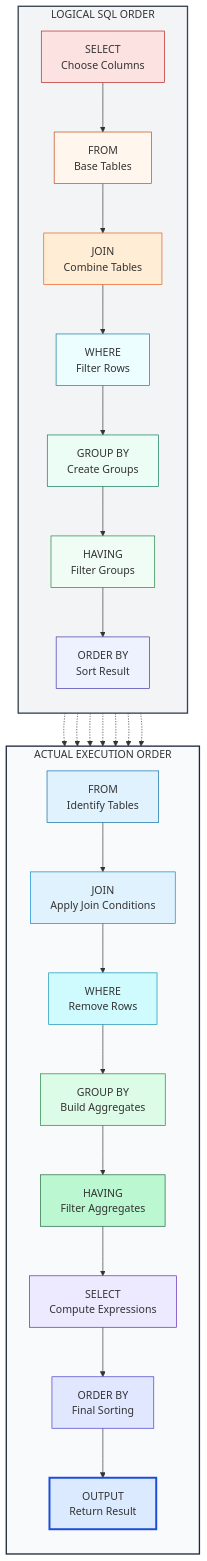
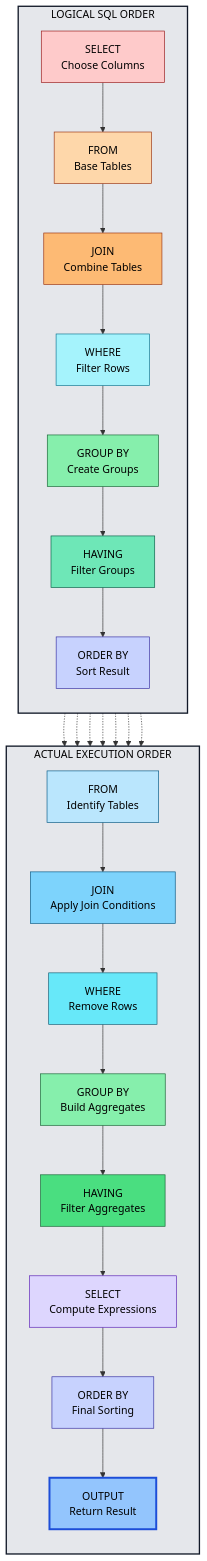
The diagram in day02/infoDay02.md (Avinash-706/SQL-Practice), drawn with Mermaid before and after one commit. The commit also changed other lines of this file and 1 other file, not shown here.

Commit message:
Day 02 : SQL Sub-languages, DQL Anatomy (Projection vs Selection), Backend Order of Execution

````diff
--- a/day02/infoDay02.md
+++ b/day02/infoDay02.md
@@ -186,72 +186,68 @@
 ```mermaid
 graph TB
 
     %% =======================
     %% LOGICAL SQL ORDER
     %% =======================
     subgraph L[LOGICAL SQL ORDER]
         direction TB
         L1[SELECT<br/>Choose Columns]
         L2[FROM<br/>Base Tables]
         L3[JOIN<br/>Combine Tables]
         L4[WHERE<br/>Filter Rows]
         L5[GROUP BY<br/>Create Groups]
         L6[HAVING<br/>Filter Groups]
         L7[ORDER BY<br/>Sort Result]
     end
 
     %% =======================
     %% EXECUTION ORDER
     %% =======================
     subgraph E[ACTUAL EXECUTION ORDER]
         direction TB
         E1[FROM<br/>Identify Tables]
         E2[JOIN<br/>Apply Join Conditions]
         E3[WHERE<br/>Remove Rows]
         E4[GROUP BY<br/>Build Aggregates]
         E5[HAVING<br/>Filter Aggregates]
         E6[SELECT<br/>Compute Expressions]
         E7[ORDER BY<br/>Final Sorting]
         E8[OUTPUT<br/>Return Result]
     end
 
-    %% =======================
-    %% FLOWS
-    %% =======================
+    %% Flows
     L1 --> L2 --> L3 --> L4 --> L5 --> L6 --> L7
     E1 --> E2 --> E3 --> E4 --> E5 --> E6 --> E7 --> E8
 
-    %% =======================
-    %% LOGICAL TO EXECUTION MAP
-    %% =======================
+    %% Mapping
     L2 -.-> E1
     L3 -.-> E2
     L4 -.-> E3
     L5 -.-> E4
     L6 -.-> E5
     L1 -.-> E6
     L7 -.-> E7
 
-    %% =======================
-    %% STYLING
-    %% =======================
-    style L fill:#f3f4f6,stroke:#374151,stroke-width:2px
-    style E fill:#f8fafc,stroke:#1e293b,stroke-width:2px
+    %% Subgraph background (neutral)
+    style L fill:#e5e7eb,stroke:#111827,stroke-width:2px,color:#000
+    style E fill:#e5e7eb,stroke:#111827,stroke-width:2px,color:#000
 
-    style L1 fill:#fde2e2,stroke:#b91c1c
-    style L2 fill:#fff7ed,stroke:#c2410c
-    style L3 fill:#ffedd5,stroke:#ea580c
-    style L4 fill:#ecfeff,stroke:#0e7490
-    style L5 fill:#ecfdf5,stroke:#047857
-    style L6 fill:#f0fdf4,stroke:#15803d
-    style L7 fill:#eef2ff,stroke:#3730a3
+    %% Logical nodes
+    style L1 fill:#fecaca,stroke:#991b1b,color:#000
+    style L2 fill:#fed7aa,stroke:#9a3412,color:#000
+    style L3 fill:#fdba74,stroke:#9a3412,color:#000
+    style L4 fill:#a5f3fc,stroke:#0e7490,color:#000
+    style L5 fill:#86efac,stroke:#166534,color:#000
+    style L6 fill:#6ee7b7,stroke:#065f46,color:#000
+    style L7 fill:#c7d2fe,stroke:#3730a3,color:#000
 
-    style E1 fill:#e0f2fe,stroke:#0369a1
-    style E2 fill:#e0f2fe,stroke:#0284c7
-    style E3 fill:#cffafe,stroke:#0891b2
-    style E4 fill:#dcfce7,stroke:#15803d
-    style E5 fill:#bbf7d0,stroke:#166534
-    style E6 fill:#ede9fe,stroke:#5b21b6
-    style E7 fill:#e0e7ff,stroke:#4338ca
-    style E8 fill:#dbeafe,stroke:#1d4ed8,stroke-width:3px
+    %% Execution nodes
+    style E1 fill:#bae6fd,stroke:#075985,color:#000
+    style E2 fill:#7dd3fc,stroke:#075985,color:#000
+    style E3 fill:#67e8f9,stroke:#155e75,color:#000
+    style E4 fill:#86efac,stroke:#166534,color:#000
+    style E5 fill:#4ade80,stroke:#166534,color:#000
+    style E6 fill:#ddd6fe,stroke:#5b21b6,color:#000
+    style E7 fill:#c7d2fe,stroke:#3730a3,color:#000
+    style E8 fill:#93c5fd,stroke:#1d4ed8,stroke-width:3px,color:#000
 ```
````
